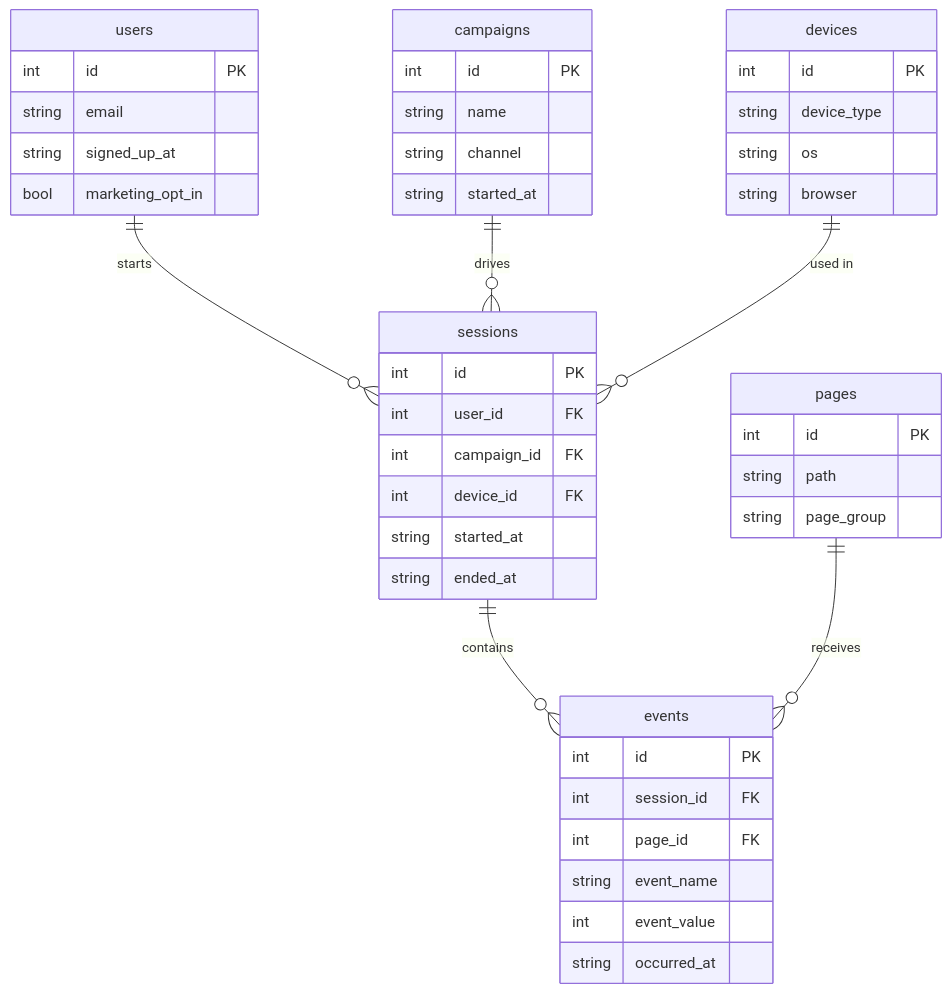
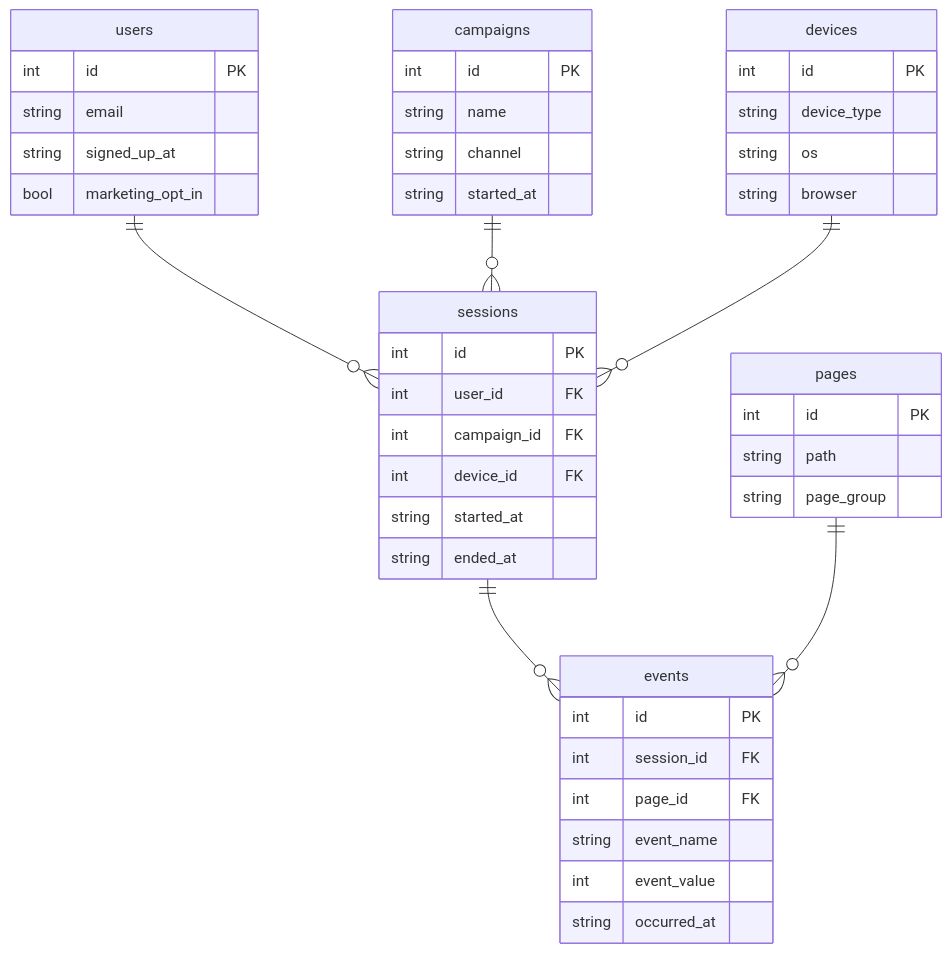
The diagram in towercrane-for-uiux-server/src/sql-practice/seeds/08_analytics_event.mmd (dota-pilot1/towercrane-for-uiux), drawn with Mermaid before and after one commit. The commit also changed 11 other files, not shown here.

Commit message:
style: ERD 관계선 레이블 제거 — 까마귀발 표기법으로 충분

```diff
--- a/towercrane-for-uiux-server/src/sql-practice/seeds/08_analytics_event.mmd
+++ b/towercrane-for-uiux-server/src/sql-practice/seeds/08_analytics_event.mmd
@@ -1,46 +1,46 @@
 erDiagram
-    users ||--o{ sessions : "starts"
-    campaigns ||--o{ sessions : "drives"
-    devices ||--o{ sessions : "used in"
-    sessions ||--o{ events : "contains"
-    pages ||--o{ events : "receives"
+    users ||--o{ sessions : ""
+    campaigns ||--o{ sessions : ""
+    devices ||--o{ sessions : ""
+    sessions ||--o{ events : ""
+    pages ||--o{ events : ""
 
     users {
         int id PK
         string email
         string signed_up_at
         bool marketing_opt_in
     }
     campaigns {
         int id PK
         string name
         string channel
         string started_at
     }
     devices {
         int id PK
         string device_type
         string os
         string browser
     }
     pages {
         int id PK
         string path
         string page_group
     }
     sessions {
         int id PK
         int user_id FK
         int campaign_id FK
         int device_id FK
         string started_at
         string ended_at
     }
     events {
         int id PK
         int session_id FK
         int page_id FK
         string event_name
         int event_value
         string occurred_at
     }
```
